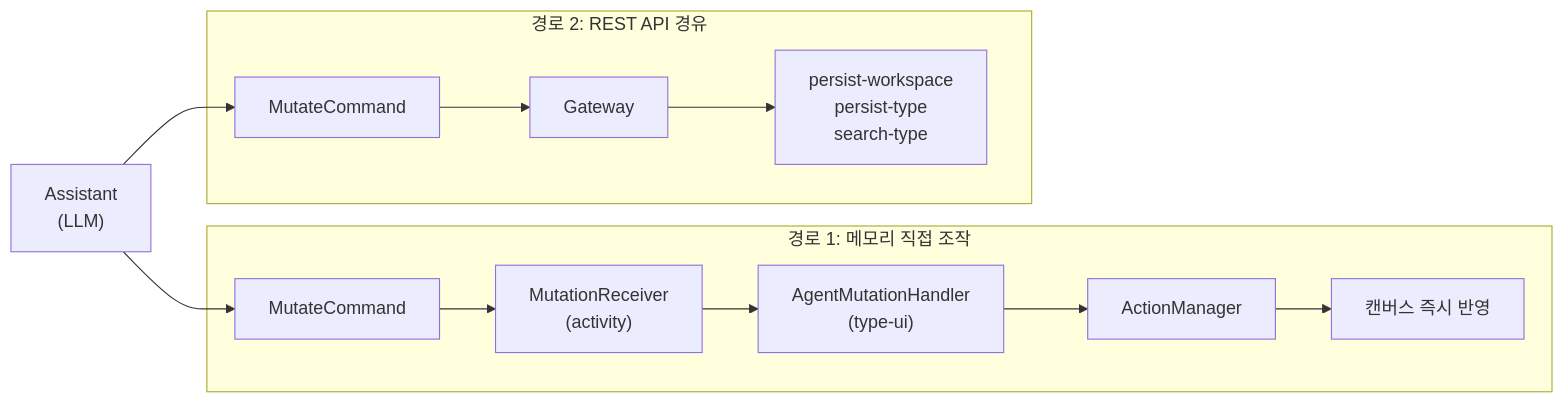
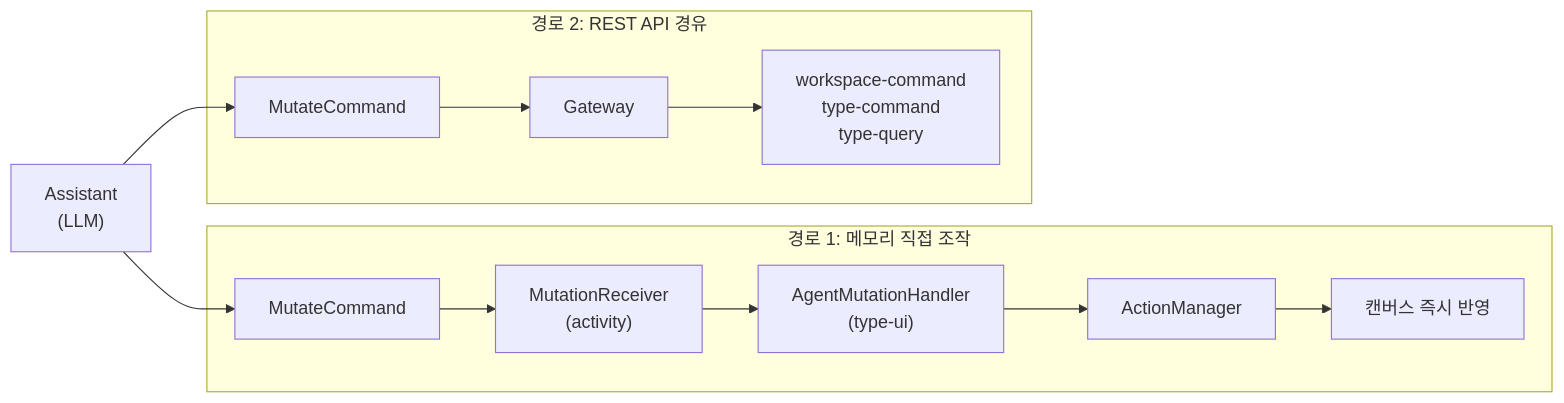
One commit to sayaya1090/handbook changed the seventh of 11 diagrams in docs/architecture.md. Above: the diagram before and after it, drawn with Mermaid. The commit also changed other lines of this file and 620 other files, not shown here.

````diff
--- a/docs/architecture.md
+++ b/docs/architecture.md
@@ -1253,22 +1263,22 @@
 ```mermaid
 graph LR
     Agent["Assistant<br/>(LLM)"]
 
     subgraph "경로 1: 메모리 직접 조작"
         MC["MutateCommand"]
         MR["MutationReceiver<br/>(activity)"]
         AMH["AgentMutationHandler<br/>(type-ui)"]
         AM["ActionManager"]
         Canvas["캔버스 즉시 반영"]
         MC --> MR --> AMH --> AM --> Canvas
     end
 
     subgraph "경로 2: REST API 경유"
         GW["Gateway"]
-        BE["persist-workspace<br/>persist-type<br/>search-type"]
+        BE["workspace-command<br/>type-command<br/>type-query"]
         MC2["MutateCommand"] --> GW --> BE
     end
 
     Agent --> MC
     Agent --> MC2
 ```
````
